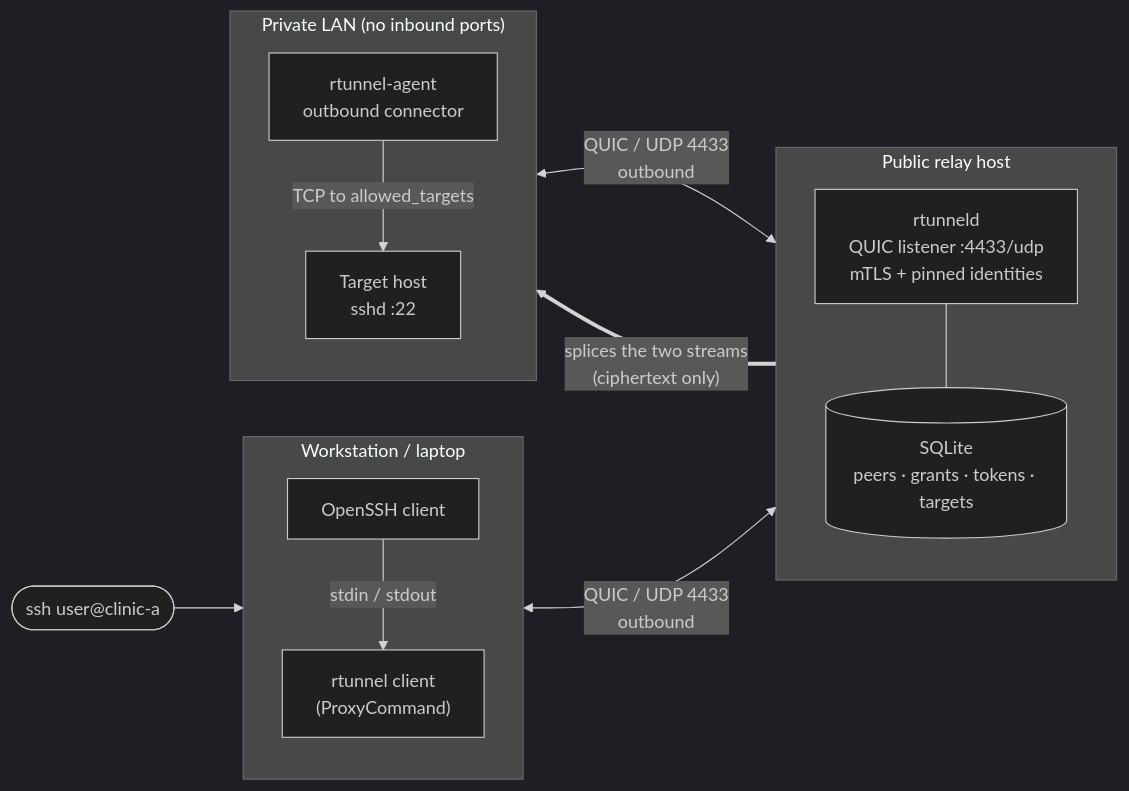
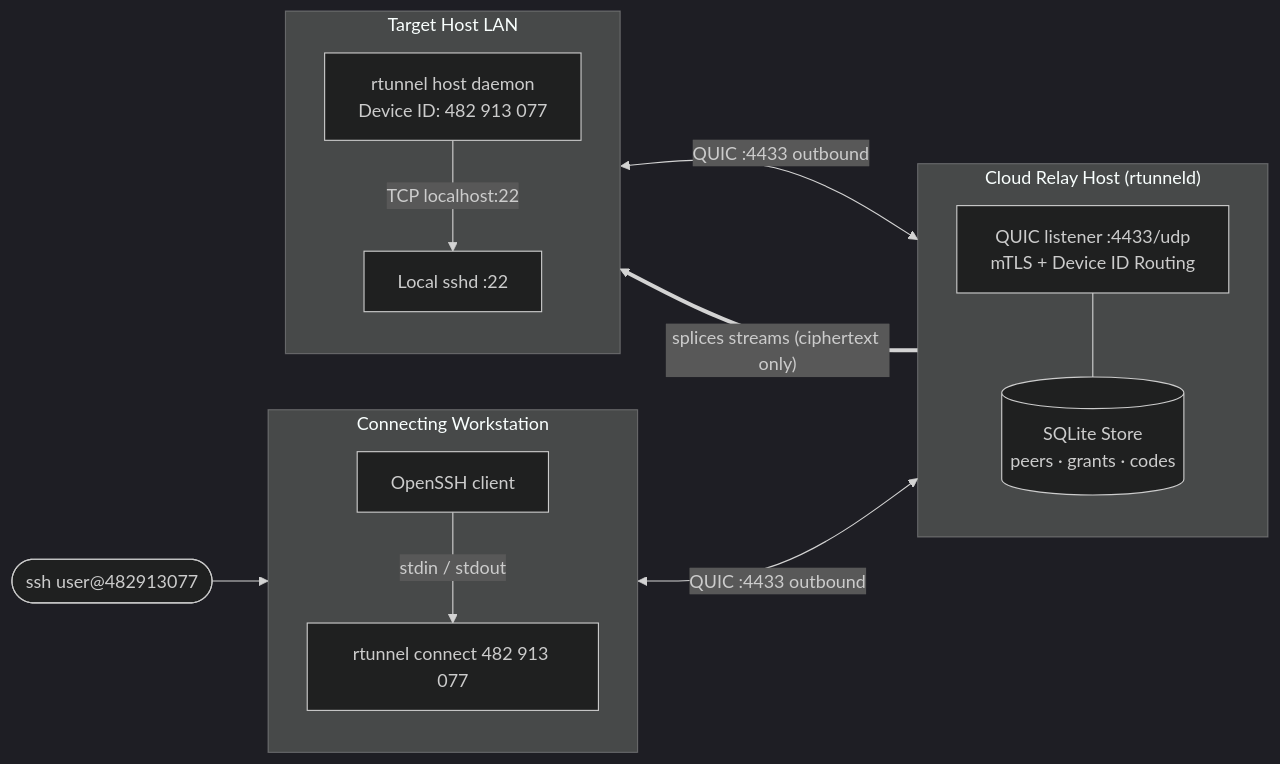
The first of 2 diagrams in README.md (abiiranathan/rtunneld), drawn with Mermaid (dark theme) before and after one commit. The commit also changed other lines of this file, not shown here.

````diff
--- a/README.md
+++ b/README.md
@@ -20,28 +18,28 @@
 ```mermaid
 flowchart LR
-    subgraph Client["Workstation / laptop"]
+    subgraph Client["Connecting Workstation"]
         direction TB
         SSH["OpenSSH client"]
-        RC["rtunnel client<br/>(ProxyCommand)"]
+        RC["rtunnel connect 482 913 077"]
         SSH -->|"stdin / stdout"| RC
     end
 
-    subgraph RelayHost["Public relay host"]
+    subgraph RelayHost["Cloud Relay Host (rtunneld)"]
         direction TB
-        Relay["rtunneld<br/>QUIC listener :4433/udp<br/>mTLS + pinned identities"]
-        DB[("SQLite<br/>peers · grants · tokens · targets")]
+        Relay["QUIC listener :4433/udp<br/>mTLS + Device ID Routing"]
+        DB[("SQLite Store<br/>peers · grants · codes")]
         Relay --- DB
     end
 
-    subgraph PrivateLAN["Private LAN (no inbound ports)"]
+    subgraph PrivateLAN["Target Host LAN"]
         direction TB
-        Agent["rtunnel-agent<br/>outbound connector"]
-        Target["Target host<br/>sshd :22"]
-        Agent -->|"TCP to allowed_targets"| Target
+        Host["rtunnel host daemon<br/>Device ID: 482 913 077"]
+        Target["Local sshd :22"]
+        Host -->|"TCP localhost:22"| Target
     end
 
-    User(["ssh user@clinic-a"]) --> SSH
-    RC <-->|"QUIC / UDP 4433<br/>outbound"| Relay
-    Agent <-->|"QUIC / UDP 4433<br/>outbound"| Relay
-    Relay ==>|"splices the two streams<br/>(ciphertext only)"| Agent
+    User(["ssh user@482913077"]) --> SSH
+    RC <-->|"QUIC :4433 outbound"| Relay
+    Host <-->|"QUIC :4433 outbound"| Relay
+    Relay ==>|"splices streams (ciphertext only)"| Host
 ```
````
